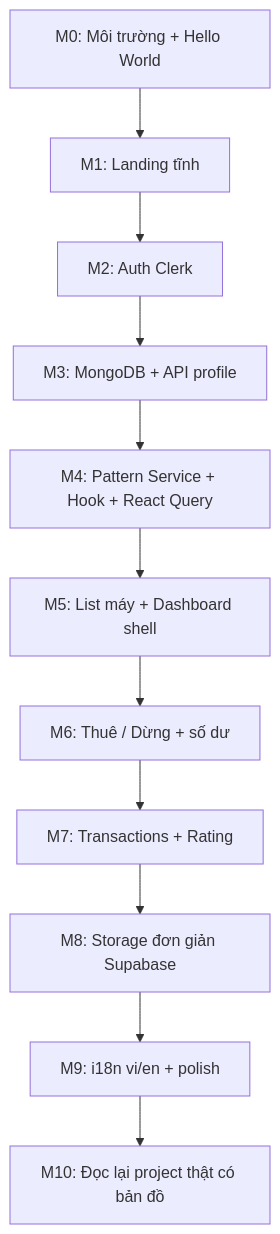
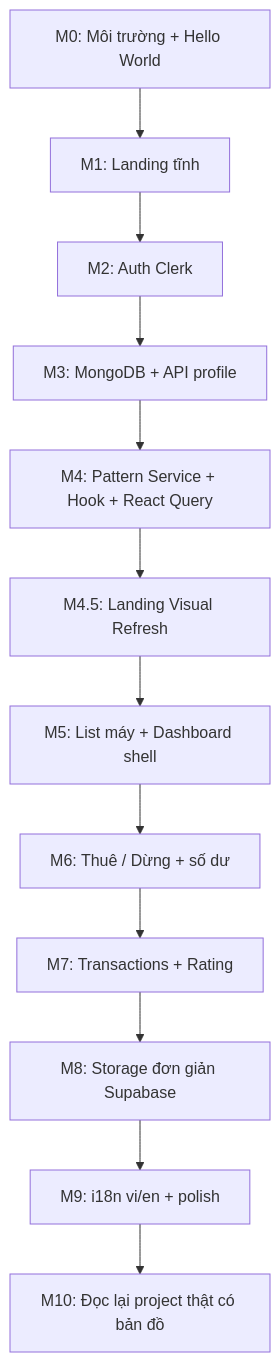
The diagram in NEXTGPU-COPY.md (hoquan2007/NEXTGPU-COPY), drawn with Mermaid before and after one commit. The commit also changed other lines of this file and 14 other files, not shown here.

````diff
--- a/NEXTGPU-COPY.md
+++ b/NEXTGPU-COPY.md
@@ -233,13 +233,14 @@
 ```mermaid
 flowchart TB
   M0[M0: Môi trường + Hello World] --> M1[M1: Landing tĩnh]
   M1 --> M2[M2: Auth Clerk]
   M2 --> M3[M3: MongoDB + API profile]
   M3 --> M4[M4: Pattern Service + Hook + React Query]
-  M4 --> M5[M5: List máy + Dashboard shell]
+  M4 --> M45[M4.5: Landing Visual Refresh]
+  M45 --> M5[M5: List máy + Dashboard shell]
   M5 --> M6[M6: Thuê / Dừng + số dư]
   M6 --> M7[M7: Transactions + Rating]
   M7 --> M8[M8: Storage đơn giản Supabase]
   M8 --> M9[M9: i18n vi/en + polish]
   M9 --> M10[M10: Đọc lại project thật có bản đồ]
 ```
````
